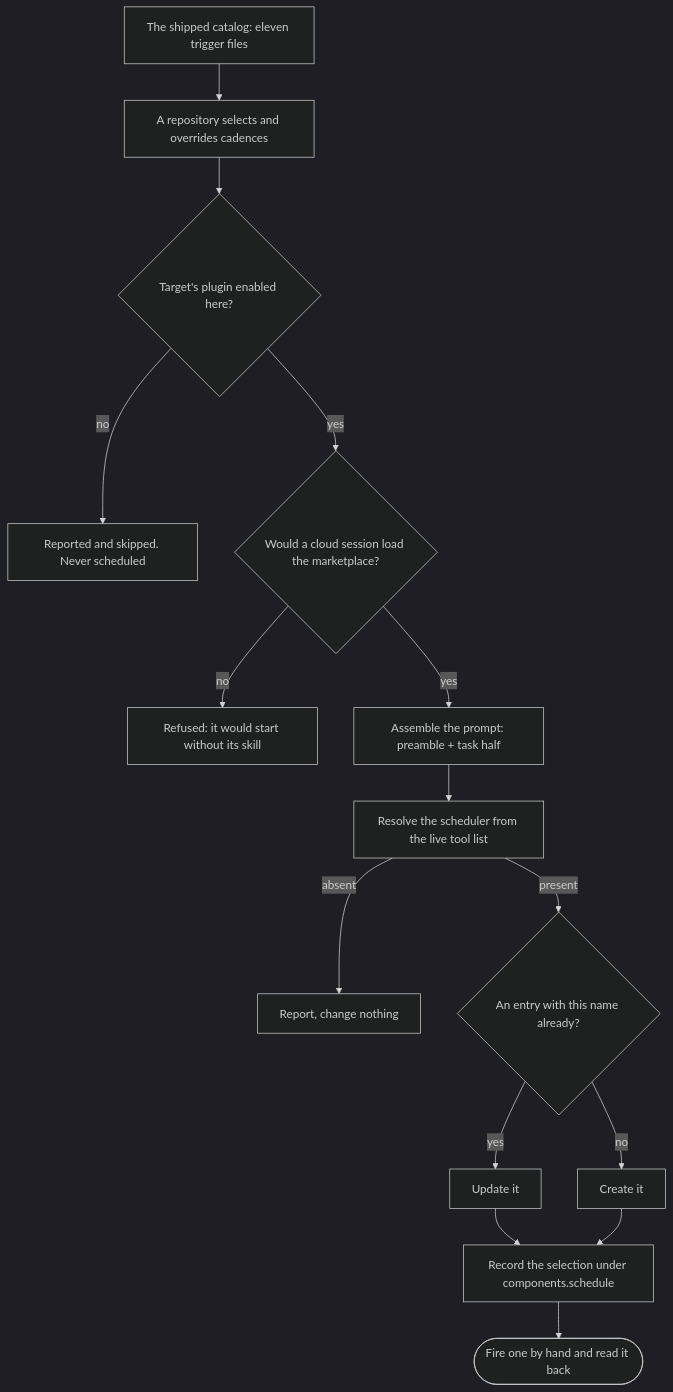
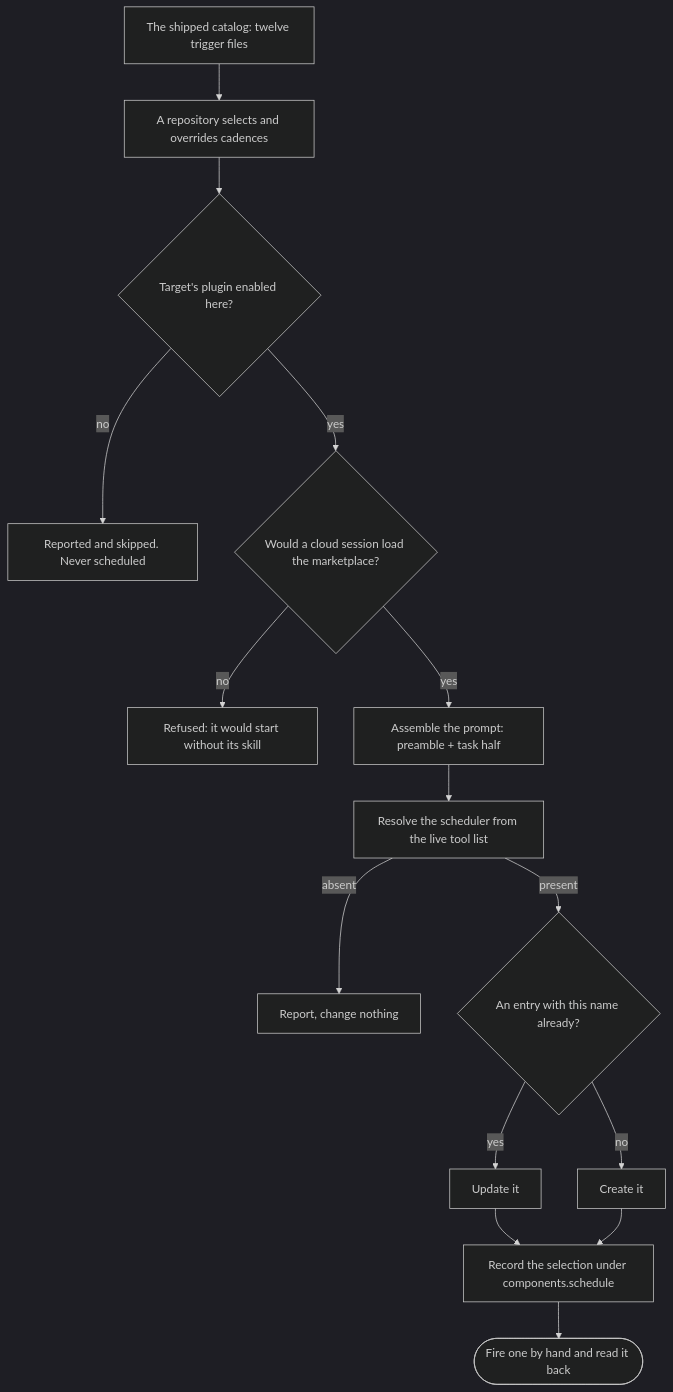
The second of 3 diagrams in .devbook/arc42/building-blocks/delivery-schedule.md (JSdotNet/devbook), drawn with Mermaid (dark theme) before and after one commit. The commit also changed other lines of this file and 3 other files, not shown here.

````diff
--- a/.devbook/arc42/building-blocks/delivery-schedule.md
+++ b/.devbook/arc42/building-blocks/delivery-schedule.md
@@ -522,17 +535,17 @@
 ```mermaid
 flowchart TD
-    catalog["The shipped catalog: eleven trigger files"] --> select["A repository selects and overrides cadences"]
+    catalog["The shipped catalog: twelve trigger files"] --> select["A repository selects and overrides cadences"]
     select --> enabled{"Target's plugin enabled here?"}
     enabled -->|no| skipped["Reported and skipped. Never scheduled"]
     enabled -->|yes| settings{"Would a cloud session load the marketplace?"}
     settings -->|no| refused["Refused: it would start without its skill"]
     settings -->|yes| assemble["Assemble the prompt: preamble + task half"]
     assemble --> resolve["Resolve the scheduler from the live tool list"]
     resolve -->|absent| noop["Report, change nothing"]
     resolve -->|present| match{"An entry with this name already?"}
     match -->|yes| update["Update it"]
     match -->|no| create["Create it"]
     update --> stamp["Record the selection under components.schedule"]
     create --> stamp
     stamp --> prove(["Fire one by hand and read it back"])
 ```
````
